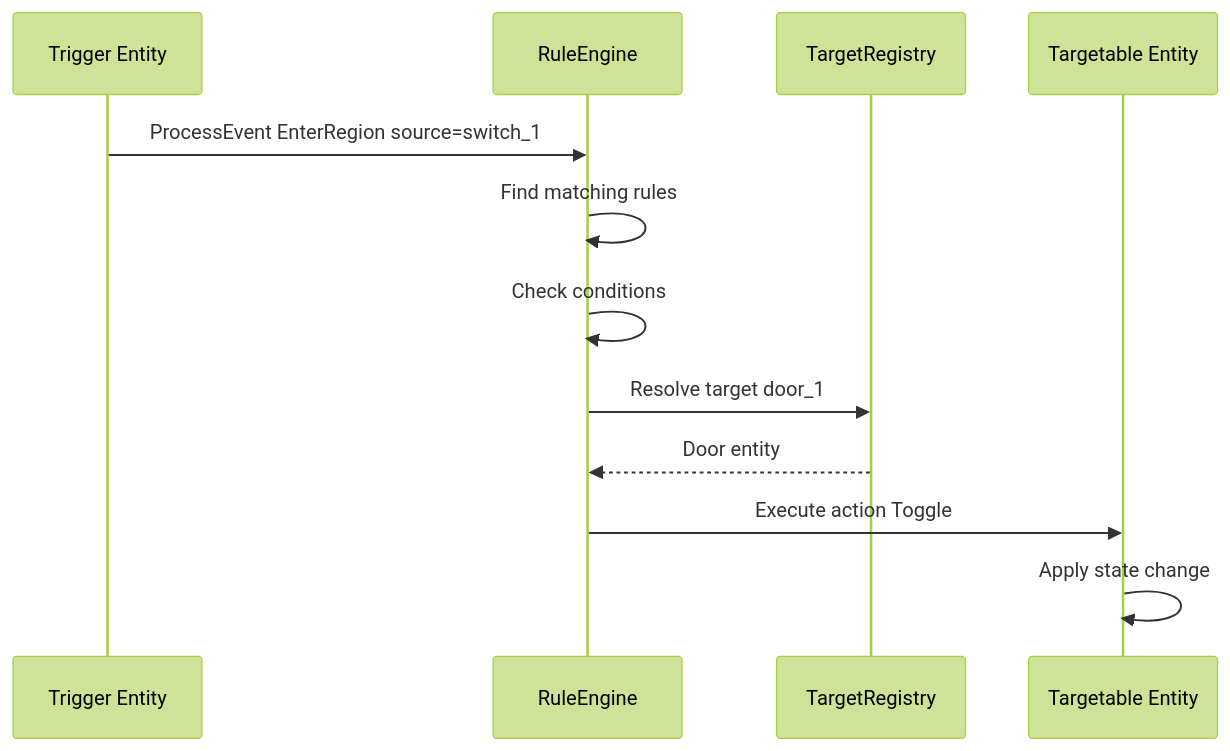
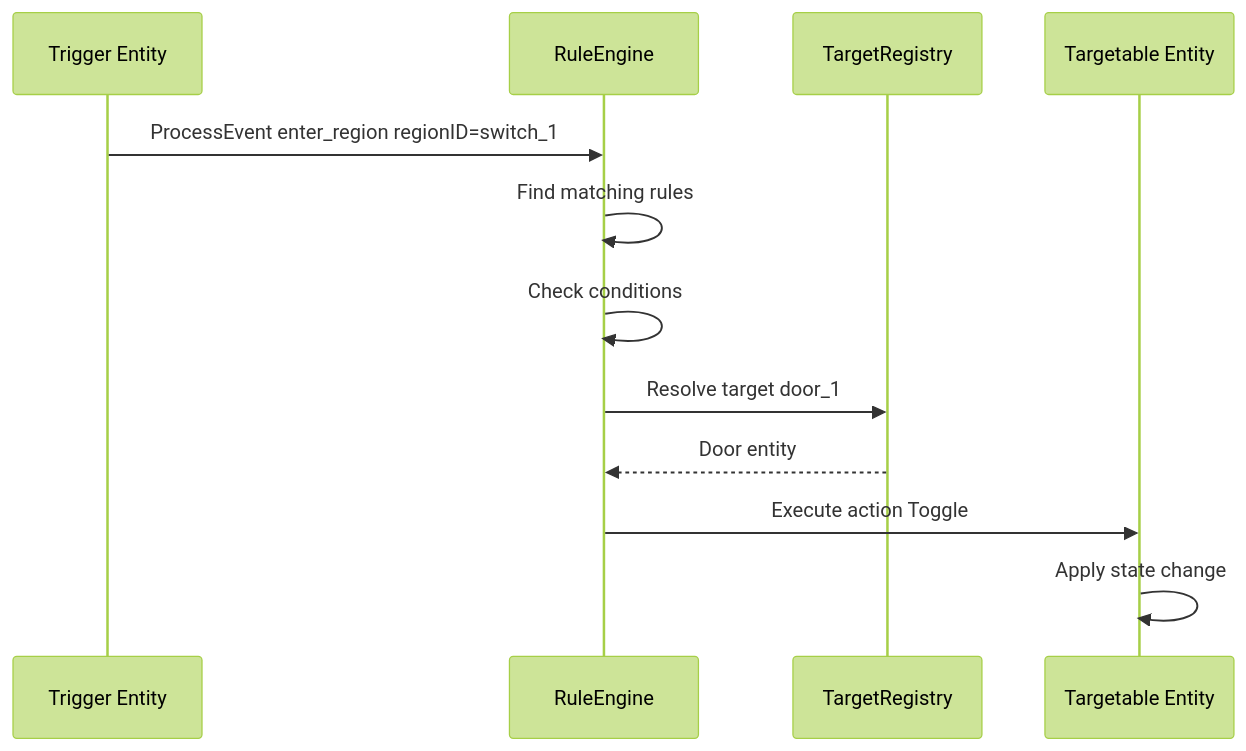
The second of 2 diagrams in docs/rules-system-design.md (TorstenCScholz/GoP), drawn with Mermaid (forest theme) before and after one commit. The commit also changed other lines of this file and 9 other files, not shown here.

````diff
--- a/docs/rules-system-design.md
+++ b/docs/rules-system-design.md
@@ -182,15 +184,15 @@
 ```mermaid
 sequenceDiagram
     participant Trigger as Trigger Entity
     participant Engine as RuleEngine
     participant Registry as TargetRegistry
     participant Target as Targetable Entity
     
-    Trigger->>Engine: ProcessEvent EnterRegion source=switch_1
+    Trigger->>Engine: ProcessEvent enter_region regionID=switch_1
     Engine->>Engine: Find matching rules
     Engine->>Engine: Check conditions
     Engine->>Registry: Resolve target door_1
     Registry-->>Engine: Door entity
     Engine->>Target: Execute action Toggle
     Target->>Target: Apply state change
 ```
````
